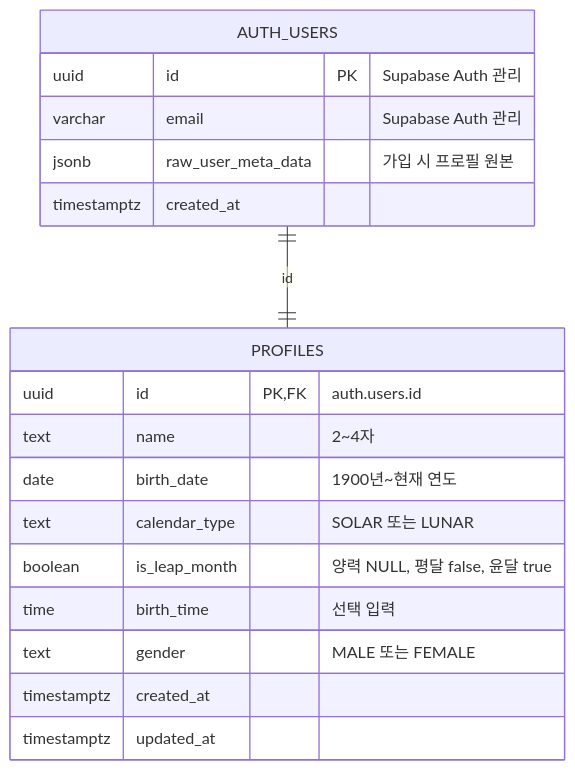
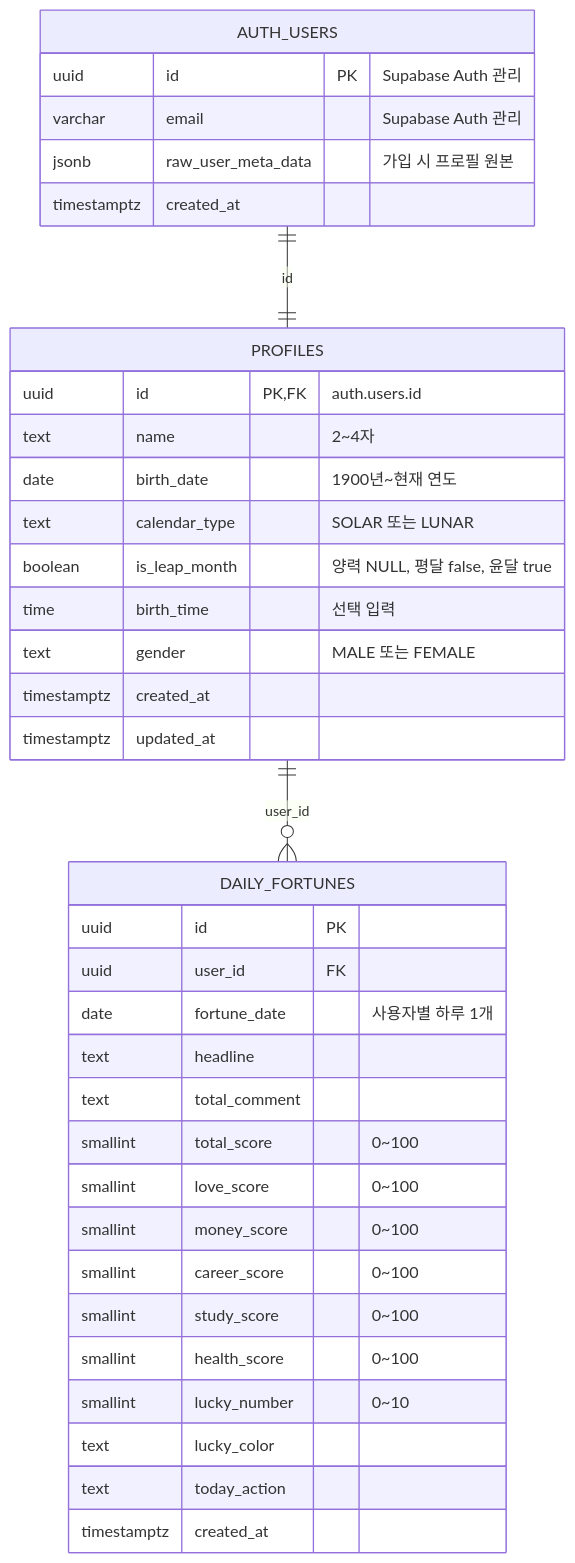
Before and after one commit to wooseok-02/amulet: the diagram in backend/docs/ERD.md, drawn with Mermaid. The commit also changed other lines of this file and 14 other files, not shown here.

````diff
--- a/backend/docs/ERD.md
+++ b/backend/docs/ERD.md
@@ -5,23 +5,42 @@
 ```mermaid
 erDiagram
     AUTH_USERS ||--|| PROFILES : "id"
+    PROFILES ||--o{ DAILY_FORTUNES : "user_id"
 
     AUTH_USERS {
         uuid id PK "Supabase Auth 관리"
         varchar email "Supabase Auth 관리"
         jsonb raw_user_meta_data "가입 시 프로필 원본"
         timestamptz created_at
     }
 
     PROFILES {
         uuid id PK,FK "auth.users.id"
         text name "2~4자"
         date birth_date "1900년~현재 연도"
         text calendar_type "SOLAR 또는 LUNAR"
         boolean is_leap_month "양력 NULL, 평달 false, 윤달 true"
         time birth_time "선택 입력"
         text gender "MALE 또는 FEMALE"
         timestamptz created_at
         timestamptz updated_at
     }
+
+    DAILY_FORTUNES {
+        uuid id PK
+        uuid user_id FK
+        date fortune_date "사용자별 하루 1개"
+        text headline
+        text total_comment
+        smallint total_score "0~100"
+        smallint love_score "0~100"
+        smallint money_score "0~100"
+        smallint career_score "0~100"
+        smallint study_score "0~100"
+        smallint health_score "0~100"
+        smallint lucky_number "0~10"
+        text lucky_color
+        text today_action
+        timestamptz created_at
+    }
 ```
````
